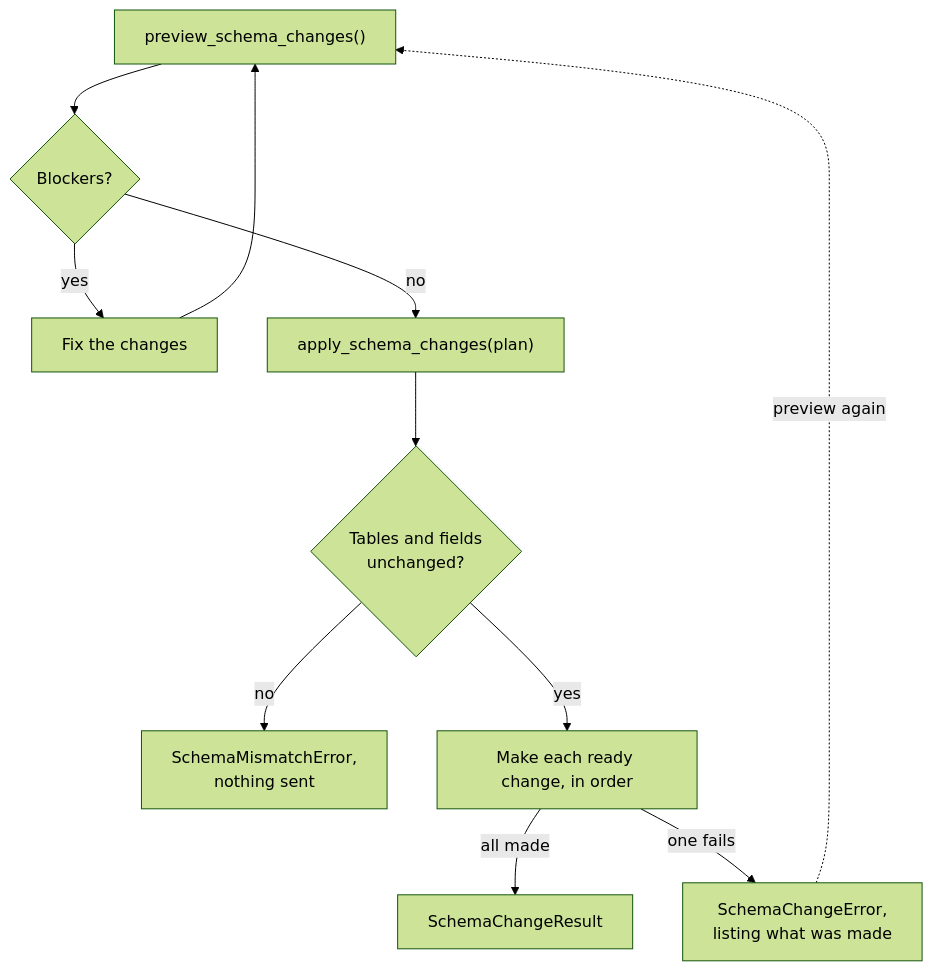
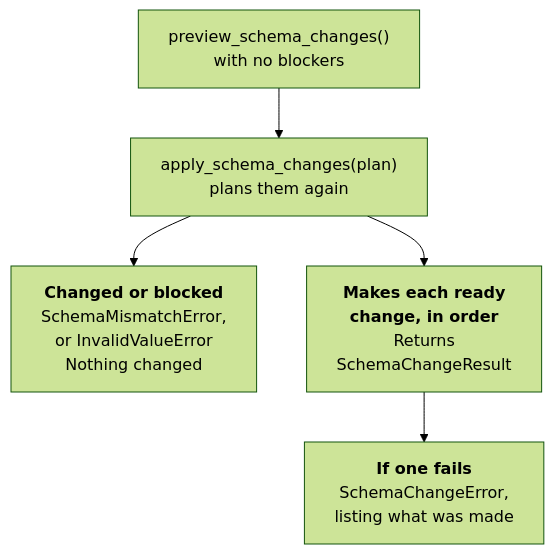
One commit to matthew-williams-solutions/pyquickbase changed the second of 2 diagrams in docs/guides/schema.md. Above: the diagram before and after it, drawn with Mermaid (forest theme). The commit also changed other lines of this file and 13 other files, not shown here.

First line of the commit message:
Keep the diagrams that show structure, and correct what they claimed

````diff
--- a/docs/guides/schema.md
+++ b/docs/guides/schema.md
@@ -296,12 +286,7 @@
 ```mermaid
 flowchart TD
-    P["preview_schema_changes()"] --> B{Blockers?}
-    B -- yes --> F[Fix the changes] --> P
-    B -- no --> A["apply_schema_changes(plan)"]
-    A --> S{"Tables and fields<br/>unchanged?"}
-    S -- no --> M["SchemaMismatchError,<br/>nothing sent"]
-    S -- yes --> G[Make each ready change, in order]
-    G -- all made --> OK[SchemaChangeResult]
-    G -- one fails --> E["SchemaChangeError,<br/>listing what was made"]
-    E -. preview again .-> P
+    P["preview_schema_changes()<br/>with no blockers"] --> A["apply_schema_changes(plan)<br/>plans them again"]
+    A --> X["<b>Changed or blocked</b><br/>SchemaMismatchError,<br/>or InvalidValueError<br/>Nothing changed"]
+    A --> G["<b>Makes each ready<br/>change, in order</b><br/>Returns<br/>SchemaChangeResult"]
+    G --> E["<b>If one fails</b><br/>SchemaChangeError,<br/>listing what was made"]
 ```
````
